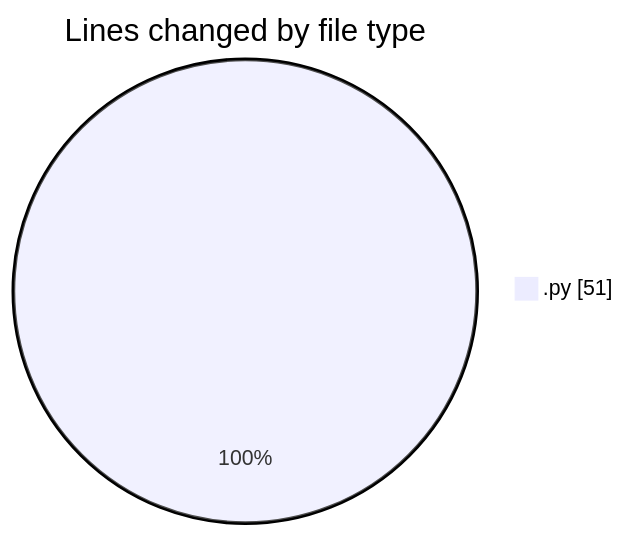
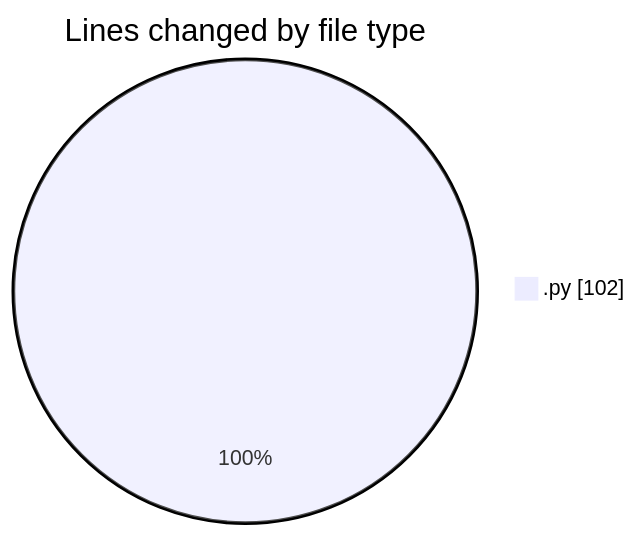
Before and after one commit to trdunsworth/code-tracking: the first of 2 diagrams in 2025-03-28/synth_911data_gen/README.md, drawn with Mermaid. The commit also changed other lines of this file and 1 other file, not shown here.

````diff
--- a/2025-03-28/synth_911data_gen/README.md
+++ b/2025-03-28/synth_911data_gen/README.md
@@ -20,5 +20,5 @@
 ```mermaid
 pie showData
 title Lines changed by file type
-".py" : 51
+".py" : 102
 ```
````
